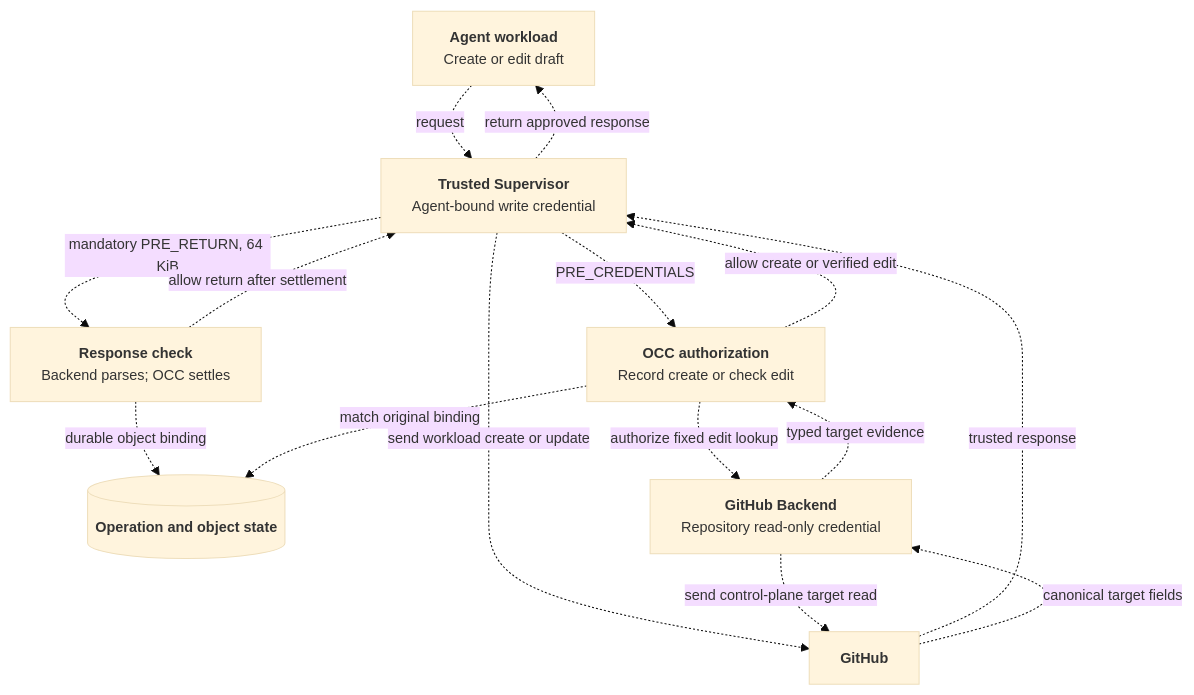
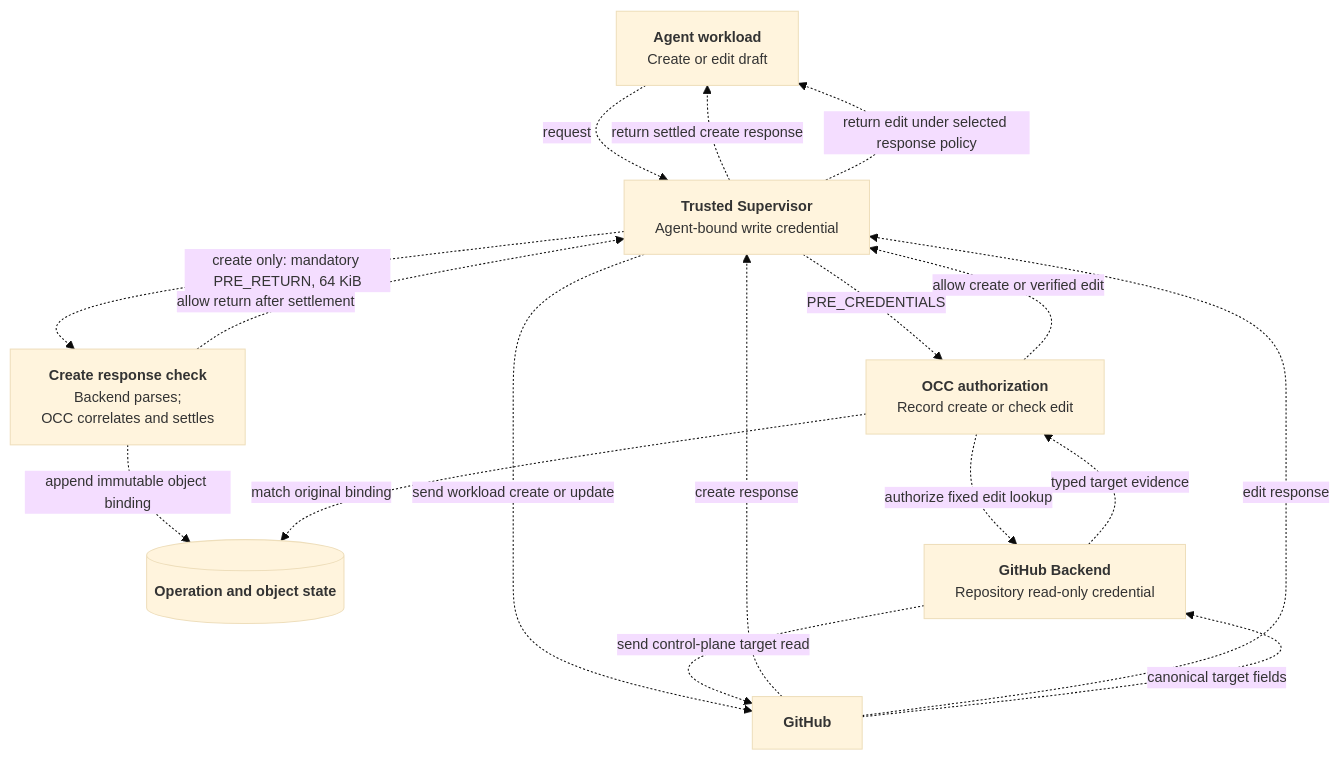
The diagram in specs/rfcs/0023-egress-proxy-credential-lifecycle/selected-github-draft-authority.md (openclaw/openclaw-enterprise), drawn with Mermaid before and after one commit.

Commit message:
docs(rfc): separate draft create and edit responses

````diff
--- a/specs/rfcs/0023-egress-proxy-credential-lifecycle/selected-github-draft-authority.md
+++ b/specs/rfcs/0023-egress-proxy-credential-lifecycle/selected-github-draft-authority.md
@@ -15,24 +15,26 @@
 ```mermaid
 ---
 config:
   htmlLabels: true
   theme: base
   themeVariables:
     fontSize: 14px
 ---
 flowchart TB
   W["<b>Agent workload</b><br/>Create or edit draft"] -.->|request| S["<b>Trusted Supervisor</b><br/>Agent-bound write credential"]
   S -.->|PRE_CREDENTIALS| A["<b>OCC authorization</b><br/>Record create or check edit"]
   A -.->|allow create or verified edit| S
   S -.->|send workload create or update| G["<b>GitHub</b>"]
-  G -.->|trusted response| S
-  S -.->|mandatory PRE_RETURN, 64 KiB| R["<b>Response check</b><br/>Backend parses; OCC settles"]
-  R -.->|durable object binding| D[("<b>Operation and object state</b>")]
+  G -.->|create response| S
+  G -.->|edit response| S
+  S -.->|create only: mandatory PRE_RETURN, 64 KiB| R["<b>Create response check</b><br/>Backend parses;<br/>OCC correlates and settles"]
+  R -.->|append immutable object binding| D[("<b>Operation and object state</b>")]
   R -.->|allow return after settlement| S
-  S -.->|return approved response| W
+  S -.->|return settled create response| W
+  S -.->|return edit under selected response policy| W
   A -.->|authorize fixed edit lookup| B["<b>GitHub Backend</b><br/>Repository read-only credential"]
   B -.->|send control-plane target read| G
   G -.->|canonical target fields| B
   B -.->|typed target evidence| A
   A -.->|match original binding| D
 ```
````
